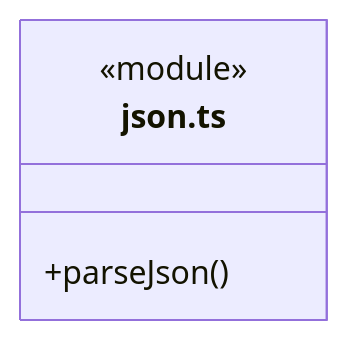
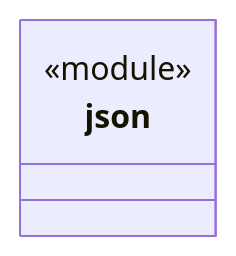
One commit to nan023062/cbim changed the second of 2 diagrams in src/core/ARCHITECTURE.md. Above: the diagram before and after it, drawn with Mermaid. The commit also changed other lines of this file and 158 other files, not shown here.

Commit message:
docs: model architecture through nested virtual encapsulations

````diff
--- a/src/core/ARCHITECTURE.md
+++ b/src/core/ARCHITECTURE.md
@@ -148,7 +56,7 @@
 ```mermaid
 classDiagram
-class N_src_core_json_ts["json.ts"] {
+class N_a6e8e0b5c185["json"] {
   <<module>>
-  +parseJson()
 }
+click N_a6e8e0b5c185 href "json.ts"
 ```
````
